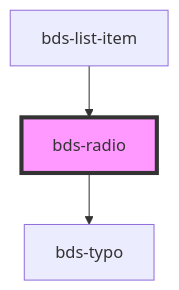
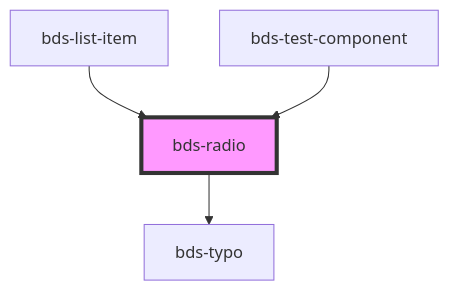
One commit to takenet/blip-ds changed the diagram in src/components/radio/readme.md. Above: the diagram before and after it, drawn with Mermaid. The commit also changed other lines of this file and 73 other files, not shown here.

````diff
--- a/src/components/radio/readme.md
+++ b/src/components/radio/readme.md
@@ -63,6 +64,7 @@
 ```mermaid
 graph TD;
   bds-radio --> bds-typo
   bds-list-item --> bds-radio
+  bds-test-component --> bds-radio
   style bds-radio fill:#f9f,stroke:#333,stroke-width:4px
 ```
````
